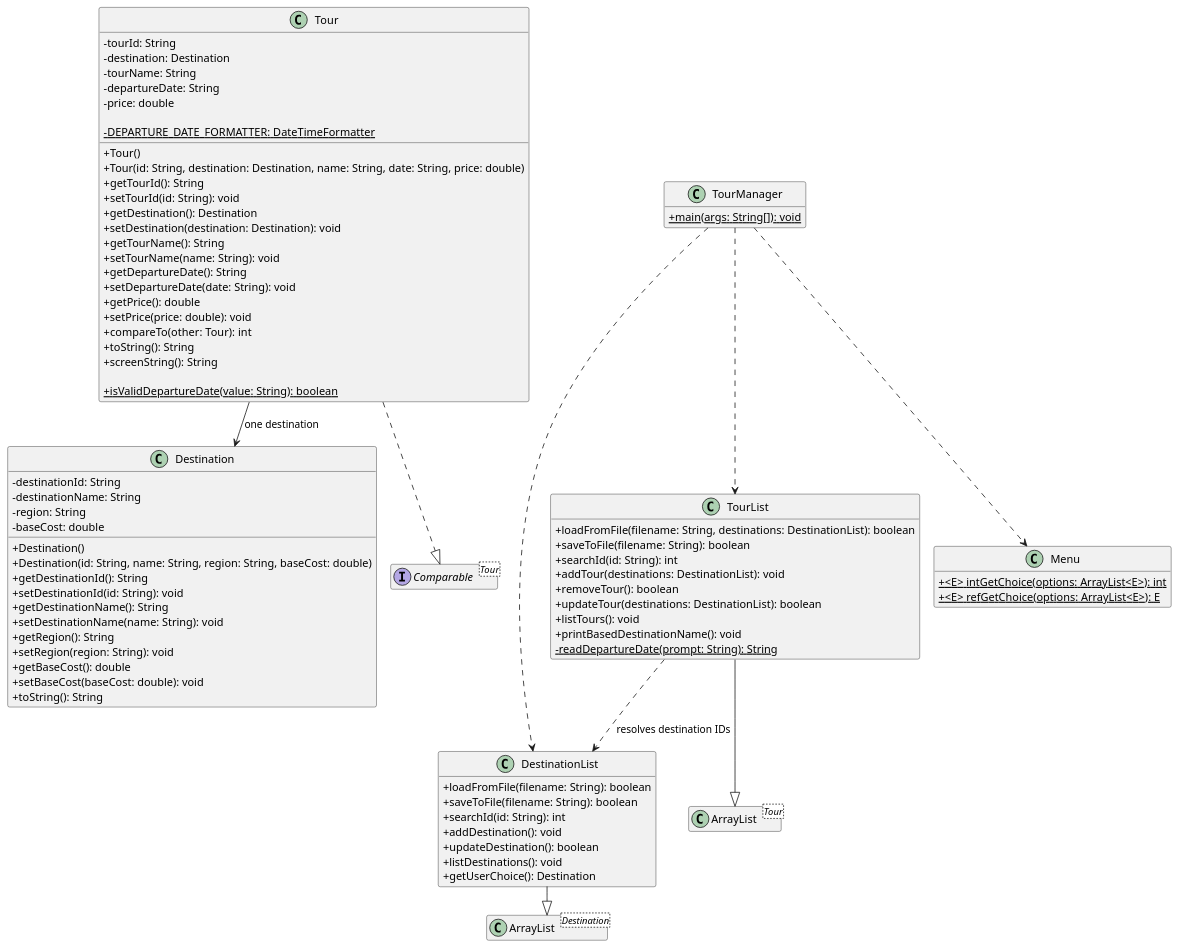
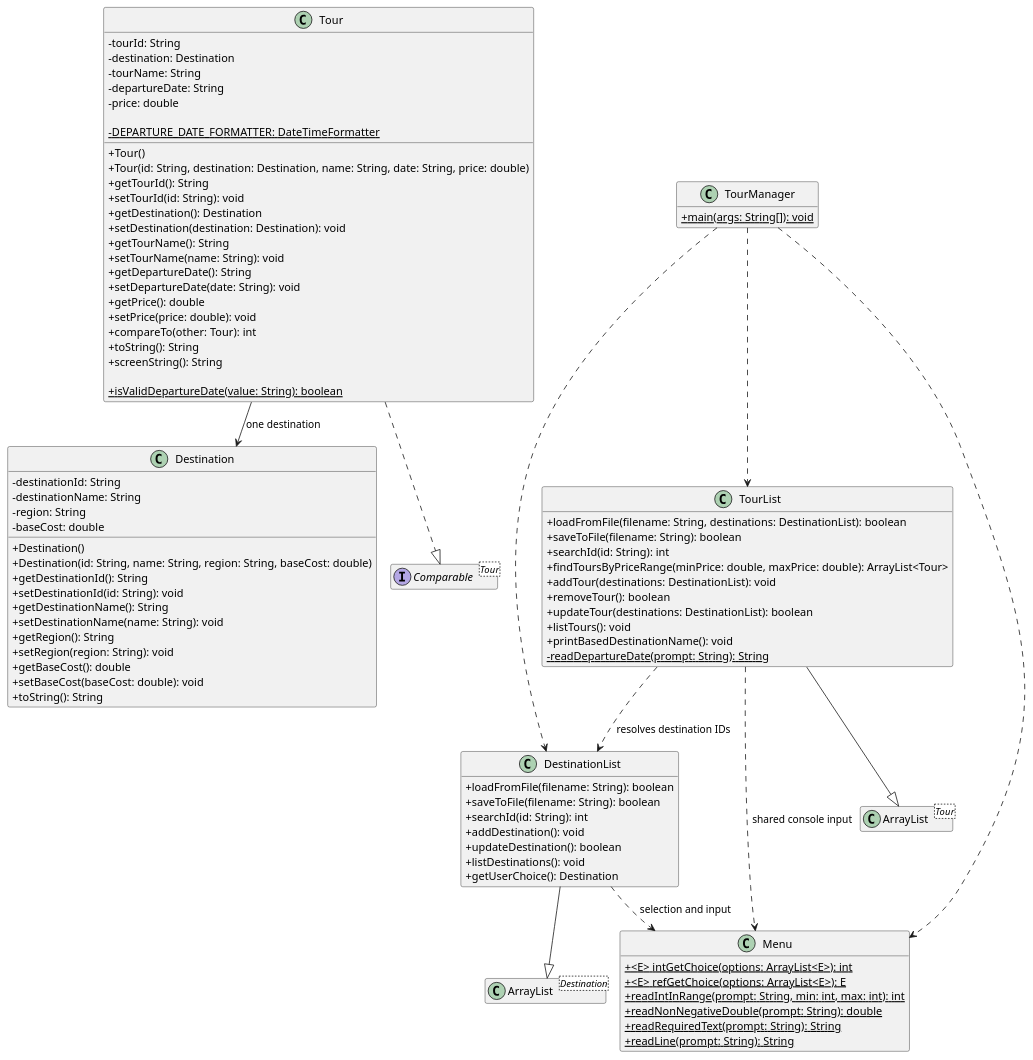
The diagram in docs/design/02-uml-class-diagram.puml (minhthinh14012005-hue/tourprj-nhom-3), drawn with PlantUML before and after one commit. The commit also changed 8 other files, not shown here.

Commit message:
fix: share Menu input and verify departure date integration

```diff
--- a/docs/design/02-uml-class-diagram.puml
+++ b/docs/design/02-uml-class-diagram.puml
@@ -1,104 +1,113 @@
 @startuml
 !pragma layout smetana
 hide empty members
 skinparam classAttributeIconSize 0
 
 class Destination {
   - destinationId: String
   - destinationName: String
   - region: String
   - baseCost: double
   + Destination()
   + Destination(id: String, name: String, region: String, baseCost: double)
   + getDestinationId(): String
   + setDestinationId(id: String): void
   + getDestinationName(): String
   + setDestinationName(name: String): void
   + getRegion(): String
   + setRegion(region: String): void
   + getBaseCost(): double
   + setBaseCost(baseCost: double): void
   + toString(): String
 }
 
 class Tour {
   - tourId: String
   - destination: Destination
   - tourName: String
   - departureDate: String
   - price: double
 
   ' Người bổ sung: Lê Thuần Trường
   ' Ngày bổ sung: 22/11/2026
   ' Mô tả: III.6 - Bộ định dạng kiểm tra ngày khởi hành.
   - {static} DEPARTURE_DATE_FORMATTER: DateTimeFormatter
 
   + Tour()
   + Tour(id: String, destination: Destination, name: String, date: String, price: double)
   + getTourId(): String
   + setTourId(id: String): void
   + getDestination(): Destination
   + setDestination(destination: Destination): void
   + getTourName(): String
   + setTourName(name: String): void
   + getDepartureDate(): String
   + setDepartureDate(date: String): void
   + getPrice(): double
   + setPrice(price: double): void
   + compareTo(other: Tour): int
   + toString(): String
   + screenString(): String
 
   ' Người bổ sung: Lê Thuần Trường
   ' Ngày bổ sung: 22/11/2026
   ' Mô tả: III.6 - Kiểm tra định dạng và tính hợp lệ của ngày.
   + {static} isValidDepartureDate(value: String): boolean
 }
 
 class DestinationList {
   + loadFromFile(filename: String): boolean
   + saveToFile(filename: String): boolean
   + searchId(id: String): int
   + addDestination(): void
   + updateDestination(): boolean
   + listDestinations(): void
   + getUserChoice(): Destination
 }
 
 class TourList {
+  ' Người đồng bộ: Lê Thuần Trường — 24/11/2026
   + loadFromFile(filename: String, destinations: DestinationList): boolean
   + saveToFile(filename: String): boolean
   + searchId(id: String): int
+  + findToursByPriceRange(minPrice: double, maxPrice: double): ArrayList<Tour>
   + addTour(destinations: DestinationList): void
   + removeTour(): boolean
   + updateTour(destinations: DestinationList): boolean
   + listTours(): void
   + printBasedDestinationName(): void
   - {static} readDepartureDate(prompt: String): String
 }
 
 class Menu {
+  ' Người đồng bộ: Lê Thuần Trường — 24/11/2026
   + {static} <E> intGetChoice(options: ArrayList<E>): int
   + {static} <E> refGetChoice(options: ArrayList<E>): E
+  + {static} readIntInRange(prompt: String, min: int, max: int): int
+  + {static} readNonNegativeDouble(prompt: String): double
+  + {static} readRequiredText(prompt: String): String
+  + {static} readLine(prompt: String): String
 }
 
 class TourManager {
   + {static} main(args: String[]): void
 }
 
 ' Người cập nhật: Lê Thuần Trường
 ' Ngày cập nhật: 23/11/2026
 ' Mô tả: Khai báo kiểu generic cho các quan hệ UML.
 class "ArrayList<Destination>" as DestinationArrayList
 class "ArrayList<Tour>" as TourArrayList
 interface "Comparable<Tour>" as TourComparable
 
 Tour --> Destination : one destination
 DestinationList --|> DestinationArrayList
 TourList --|> TourArrayList
 Tour ..|> TourComparable
 TourManager ..> Menu
 TourManager ..> DestinationList
 TourManager ..> TourList
 TourList ..> DestinationList : resolves destination IDs
+TourList ..> Menu : shared console input
+DestinationList ..> Menu : selection and input
 @enduml
```
